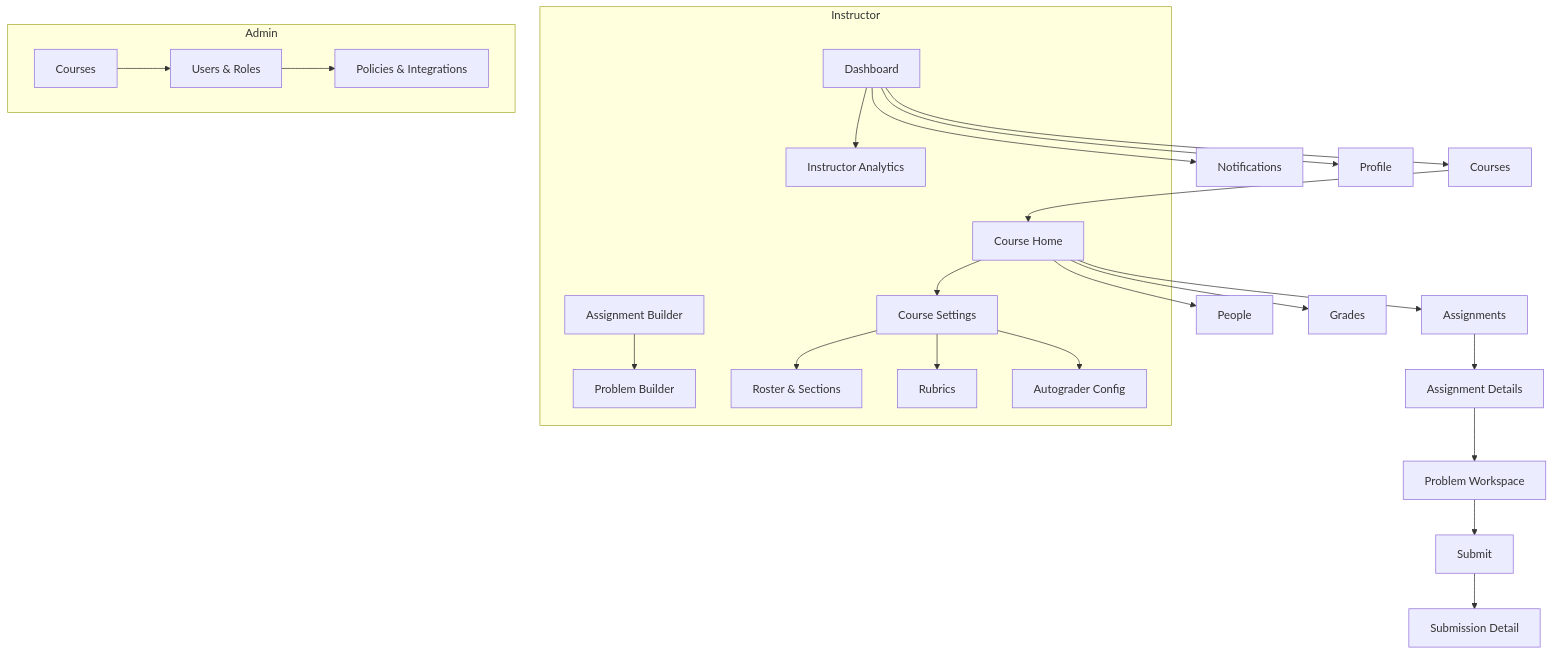
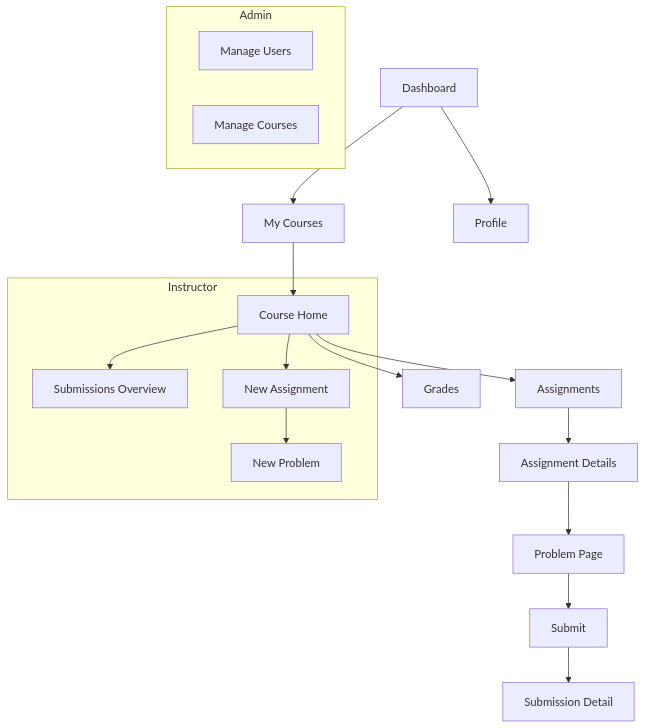
Before and after one commit to natew100/f25-cisc474-individual: the diagram in apps/docs/public/sitemap.md, drawn with Mermaid. The commit also changed other lines of this file and 4 other files, not shown here.

````diff
--- a/apps/docs/public/sitemap.md
+++ b/apps/docs/public/sitemap.md
@@ -27,26 +3,24 @@
 ```mermaid
 flowchart TD
-    A[Dashboard] --> B[Courses]
+    A[Dashboard] --> B[My Courses]
     B --> C[Course Home]
     C --> D[Assignments]
     D --> E[Assignment Details]
-    E --> F[Problem Workspace]
+    E --> F[Problem Page]
     F --> G[Submit]
     G --> H[Submission Detail]
-    C --> I[People]
-    C --> J[Grades]
-    A --> K[Notifications]
-    A --> L[Profile]
+    C --> I[Grades]
+
     subgraph Instructor
-      M[Assignment Builder] --> N[Problem Builder]
-      C --> O[Course Settings]
-      O --> P[Roster & Sections]
-      O --> Q[Rubrics]
-      O --> R[Autograder Config]
-      A --> S[Instructor Analytics]
+      C --> J[Submissions Overview]
+      C --> K[New Assignment]
+      K --> L[New Problem]
     end
+
     subgraph Admin
-      T[Courses] --> U[Users & Roles]
-      U --> V[Policies & Integrations]
+      M[Manage Users]
+      N[Manage Courses]
     end
+
+    A --> O[Profile]
 ```
````
